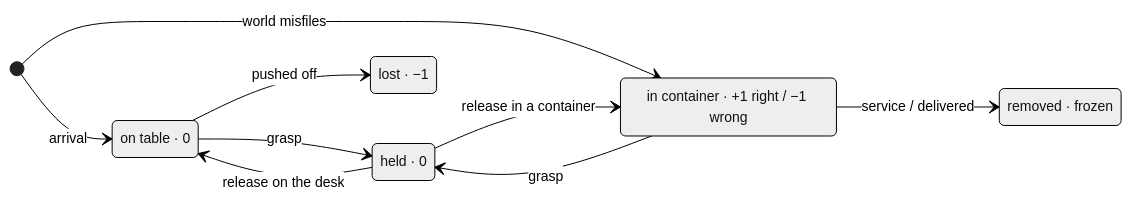
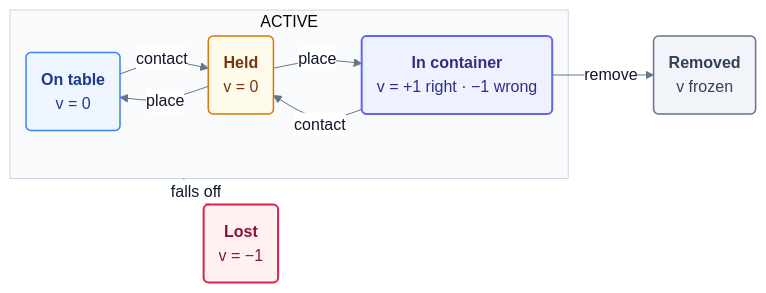
One commit to Grounded-Intelligence-Initiative/agentic-robotics-benchmark changed the first of 2 diagrams in tasks/arm/object_finding_and_organizing_on_messy_desk/verify/README.md. Above: the diagram before and after it, drawn with Mermaid. The commit also changed other lines of this file and 1 other file, not shown here.

Commit message:
docs: clarify messy-desk object and request diagrams

````diff
--- a/tasks/arm/object_finding_and_organizing_on_messy_desk/verify/README.md
+++ b/tasks/arm/object_finding_and_organizing_on_messy_desk/verify/README.md
@@ -36,18 +33,26 @@
 ```mermaid
-%%{init: {"theme": "neutral", "themeVariables": {"fontFamily": "Helvetica, Arial, sans-serif", "fontSize": "14px"}}}%%
-stateDiagram-v2
-    direction LR
-    state "on table · 0" as T
-    state "held · 0" as H
-    state "in container · +1 right / −1 wrong" as C
-    state "lost · −1" as L
-    state "removed · frozen" as R
-    [*] --> T : arrival
-    [*] --> C : world misfiles
-    T --> H : grasp
-    C --> H : grasp
-    H --> T : release on the desk
-    H --> C : release in a container
-    T --> L : pushed off
-    C --> R : service / delivered
+%%{init: {"theme": "base", "themeVariables": {"fontFamily": "Arial, Helvetica, sans-serif", "fontSize": "16px", "lineColor": "#64748b", "primaryTextColor": "#0f172a", "edgeLabelBackground": "#ffffff", "clusterBkg": "#f8fafc", "clusterBorder": "#cbd5e1"}, "flowchart": {"curve": "basis", "nodeSpacing": 32, "rankSpacing": 32, "htmlLabels": true}}}%%
+flowchart LR
+    subgraph ACTIVE["ACTIVE"]
+        T("<b>On table</b><br/>v = 0")
+        H("<b>Held</b><br/>v = 0")
+        C("<b>In container</b><br/>v = +1 right · −1 wrong")
+        T -->|contact| H
+        H -->|place| T
+        H -->|place| C
+        C -->|contact| H
+    end
+    C -->|remove| R("<b>Removed</b><br/>v frozen")
+    ACTIVE -->|falls off| L("<b>Lost</b><br/>v = −1")
+
+    classDef neutral fill:#eff6ff,stroke:#3b82f6,color:#1e3a8a,stroke-width:1.5px;
+    classDef moving fill:#fffbeb,stroke:#d97706,color:#78350f,stroke-width:1.5px;
+    classDef placed fill:#eef2ff,stroke:#6366f1,color:#312e81,stroke-width:2px;
+    classDef retired fill:#f1f5f9,stroke:#64748b,color:#334155,stroke-width:1.5px;
+    classDef failure fill:#fff1f2,stroke:#e11d48,color:#881337,stroke-width:2px;
+    class T neutral;
+    class H moving;
+    class C placed;
+    class R retired;
+    class L failure;
 ```
````
